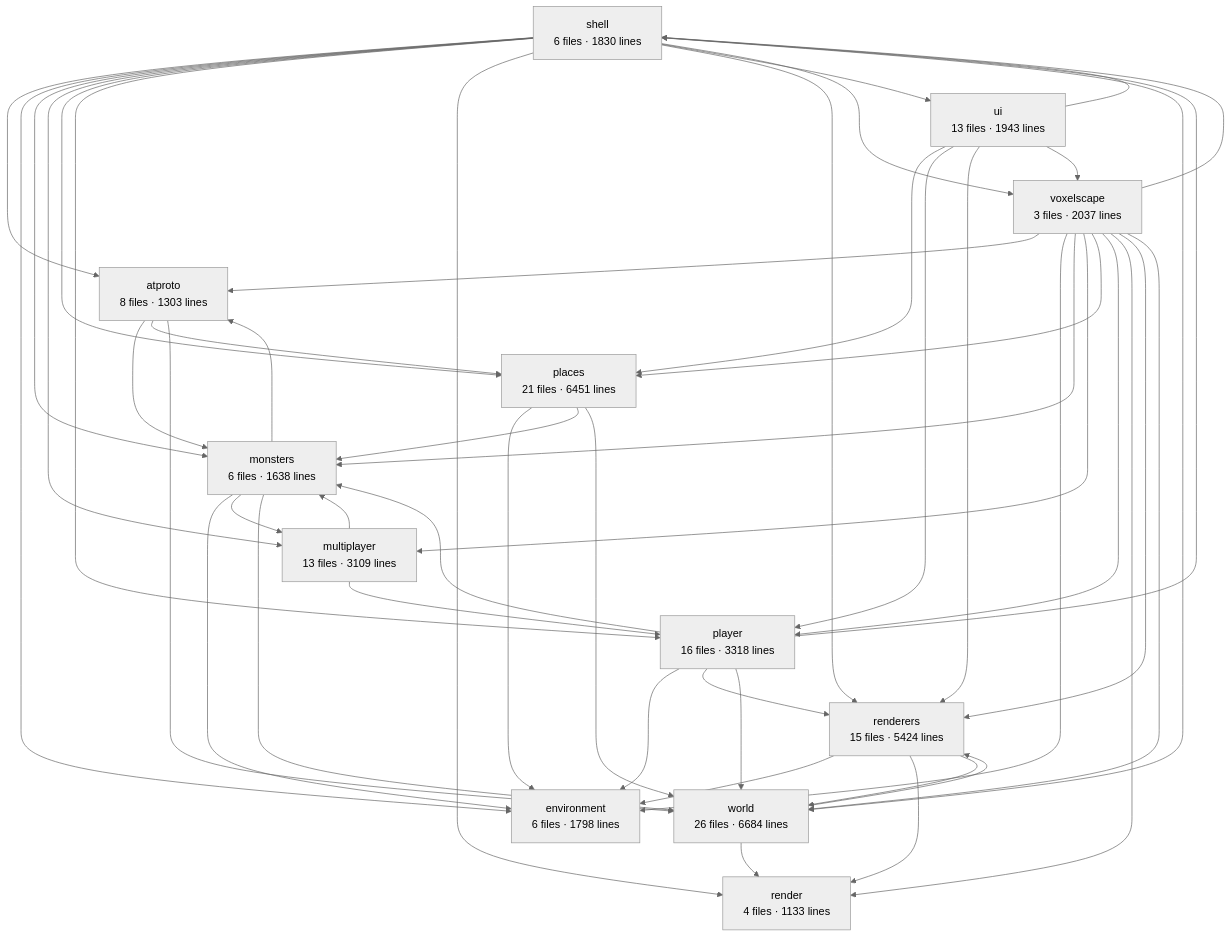
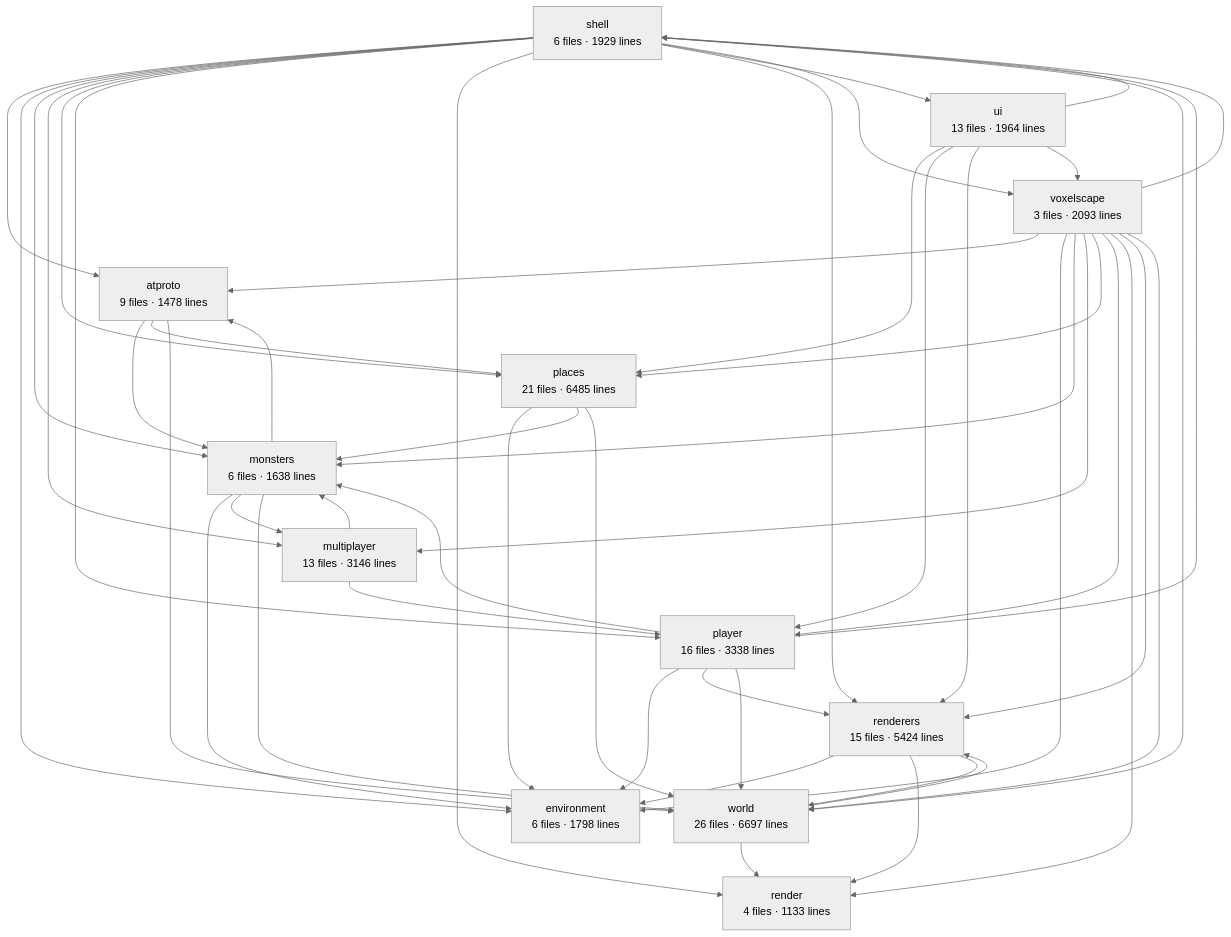
Before and after one commit to clinuxrulz/big-mesh-studios: the diagram in apps/voxelscape/docs/architecture.md, drawn with Mermaid (neutral theme). The commit also changed other lines of this file and 21 other files, not shown here.

````diff
--- a/apps/voxelscape/docs/architecture.md
+++ b/apps/voxelscape/docs/architecture.md
@@ -6,63 +6,63 @@
 ```mermaid
 graph TD
-  shell["shell<br/>6 files · 1830 lines"]
-  voxelscape["voxelscape<br/>3 files · 2037 lines"]
-  world["world<br/>26 files · 6684 lines"]
+  shell["shell<br/>6 files · 1929 lines"]
+  voxelscape["voxelscape<br/>3 files · 2093 lines"]
+  world["world<br/>26 files · 6697 lines"]
   renderers["renderers<br/>15 files · 5424 lines"]
   render["render<br/>4 files · 1133 lines"]
-  player["player<br/>16 files · 3318 lines"]
+  player["player<br/>16 files · 3338 lines"]
   monsters["monsters<br/>6 files · 1638 lines"]
-  multiplayer["multiplayer<br/>13 files · 3109 lines"]
-  places["places<br/>21 files · 6451 lines"]
+  multiplayer["multiplayer<br/>13 files · 3146 lines"]
+  places["places<br/>21 files · 6485 lines"]
   environment["environment<br/>6 files · 1798 lines"]
-  atproto["atproto<br/>8 files · 1303 lines"]
-  ui["ui<br/>13 files · 1943 lines"]
+  atproto["atproto<br/>9 files · 1478 lines"]
+  ui["ui<br/>13 files · 1964 lines"]
   atproto --> monsters
   atproto --> places
   atproto --> world
   monsters --> atproto
   monsters --> environment
   monsters --> multiplayer
   monsters --> world
   multiplayer --> monsters
   multiplayer --> player
   places --> environment
   places --> monsters
   places --> world
   player --> environment
   player --> monsters
   player --> renderers
   player --> shell
   player --> world
   renderers --> environment
   renderers --> render
   renderers --> world
   shell --> atproto
   shell --> environment
   shell --> monsters
   shell --> multiplayer
   shell --> places
   shell --> player
   shell --> render
   shell --> renderers
   shell --> ui
   shell --> voxelscape
   shell --> world
   ui --> places
   ui --> player
   ui --> renderers
   ui --> shell
   ui --> voxelscape
   voxelscape --> atproto
   voxelscape --> environment
   voxelscape --> monsters
   voxelscape --> multiplayer
   voxelscape --> places
   voxelscape --> player
   voxelscape --> render
   voxelscape --> renderers
   voxelscape --> shell
   voxelscape --> world
   world --> render
   world --> renderers
 ```
````
